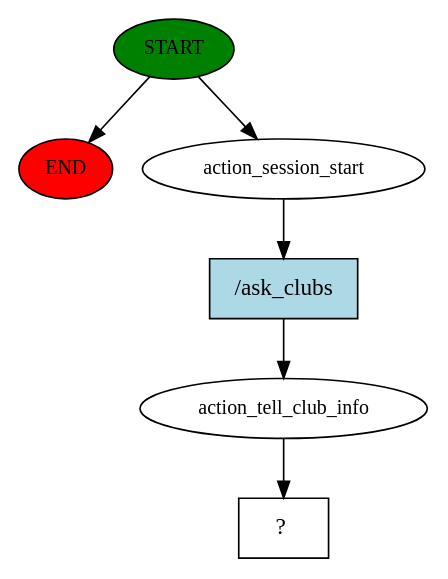
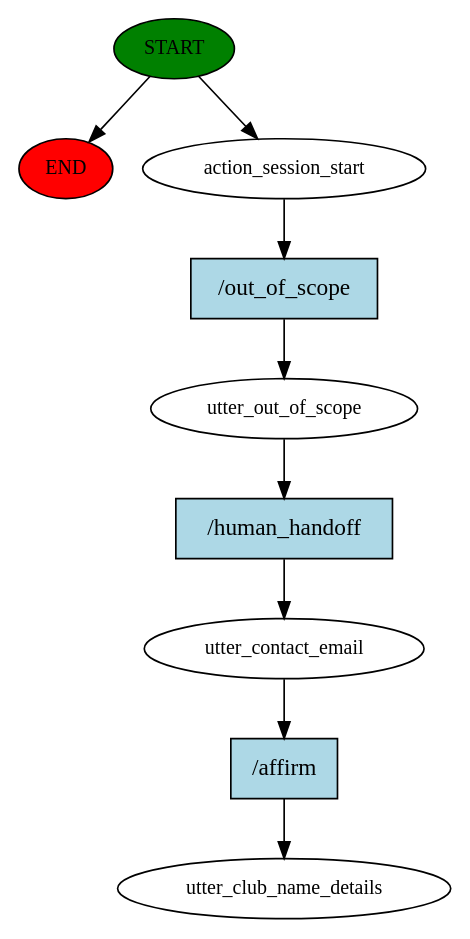
Before and after one commit to anuragkj/BPDC_Chatbot: the diagram in story_graph.dot, drawn with Graphviz. The commit also changed 1 other file, not shown here.

```diff
--- a/story_graph.dot
+++ b/story_graph.dot
@@ -1,13 +1,19 @@
 digraph  {
 0 [class="start active", fillcolor=green, fontsize=12, label=START, style=filled];
 "-1" [class=end, fillcolor=red, fontsize=12, label=END, style=filled];
 1 [class=active, fontsize=12, label=action_session_start];
-2 [class=active, fontsize=12, label=action_tell_club_info];
-3 [class="intent dashed active", label="  ?  ", shape=rect];
-4 [class="intent active", fillcolor=lightblue, label="/ask_clubs", shape=rect, style=filled];
+2 [class=active, fontsize=12, label=utter_out_of_scope];
+3 [class=active, fontsize=12, label=utter_contact_email];
+4 [class="dashed active", fontsize=12, label=utter_club_name_details];
+5 [class="intent active", fillcolor=lightblue, label="/out_of_scope", shape=rect, style=filled];
+6 [class="intent active", fillcolor=lightblue, label="/human_handoff", shape=rect, style=filled];
+7 [class="intent active", fillcolor=lightblue, label="/affirm", shape=rect, style=filled];
 0 -> "-1"  [class="", key=NONE, label=""];
 0 -> 1  [class=active, key=NONE, label=""];
-1 -> 4  [class=active, key=0];
-2 -> 3  [class=active, key=NONE, label=""];
-4 -> 2  [class=active, key=0];
+1 -> 5  [class=active, key=0];
+2 -> 6  [class=active, key=0];
+3 -> 7  [class=active, key=0];
+5 -> 2  [class=active, key=0];
+6 -> 3  [class=active, key=0];
+7 -> 4  [class=active, key=0];
 }
```
